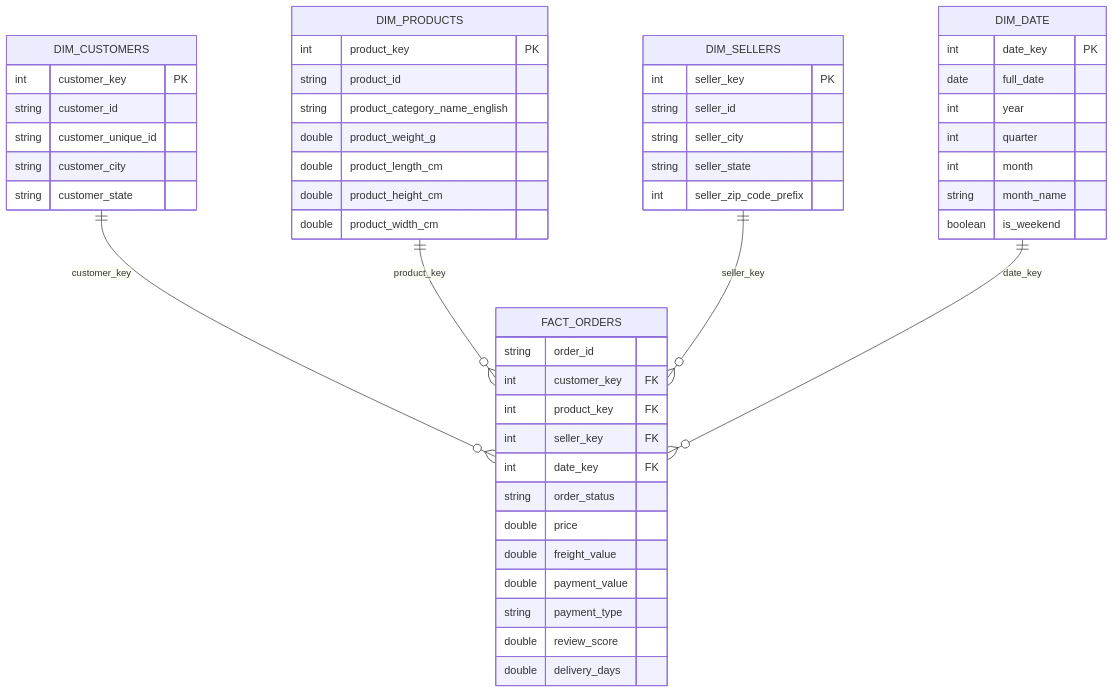
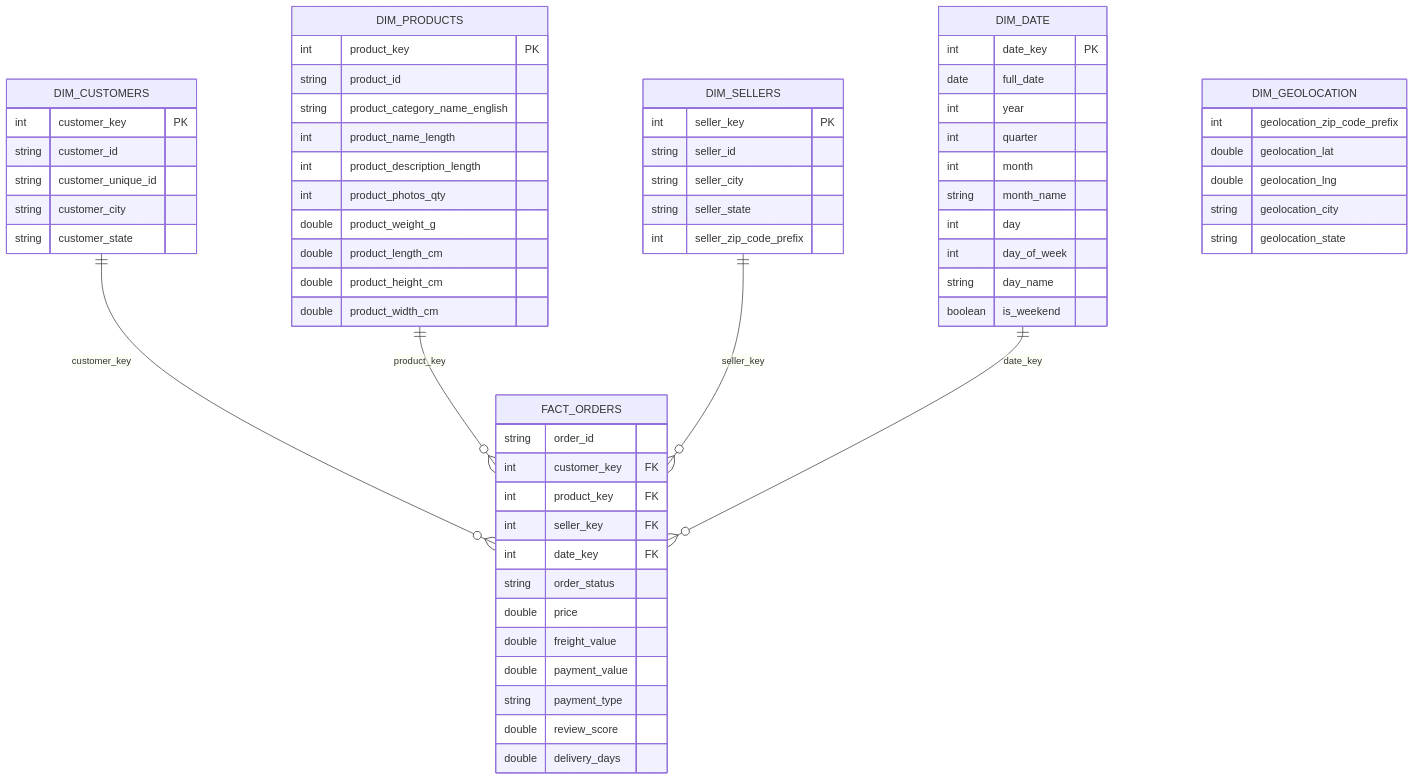
The diagram in docs/STAR_SCHEMA.md (owenhai/DACS4), drawn with Mermaid before and after one commit. The commit also changed other lines of this file and 47 other files, not shown here.

````diff
--- a/docs/STAR_SCHEMA.md
+++ b/docs/STAR_SCHEMA.md
@@ -5,58 +9,72 @@
 ```mermaid
 erDiagram
     DIM_CUSTOMERS ||--o{ FACT_ORDERS : customer_key
     DIM_PRODUCTS ||--o{ FACT_ORDERS : product_key
     DIM_SELLERS ||--o{ FACT_ORDERS : seller_key
     DIM_DATE ||--o{ FACT_ORDERS : date_key
 
     DIM_CUSTOMERS {
         int customer_key PK
         string customer_id
         string customer_unique_id
         string customer_city
         string customer_state
     }
 
     DIM_PRODUCTS {
         int product_key PK
         string product_id
         string product_category_name_english
+        int product_name_length
+        int product_description_length
+        int product_photos_qty
         double product_weight_g
         double product_length_cm
         double product_height_cm
         double product_width_cm
     }
 
     DIM_SELLERS {
         int seller_key PK
         string seller_id
         string seller_city
         string seller_state
         int seller_zip_code_prefix
     }
 
     DIM_DATE {
         int date_key PK
         date full_date
         int year
         int quarter
         int month
         string month_name
+        int day
+        int day_of_week
+        string day_name
         boolean is_weekend
+    }
+
+    DIM_GEOLOCATION {
+        int geolocation_zip_code_prefix
+        double geolocation_lat
+        double geolocation_lng
+        string geolocation_city
+        string geolocation_state
     }
 
     FACT_ORDERS {
         string order_id
         int customer_key FK
         int product_key FK
         int seller_key FK
         int date_key FK
         string order_status
         double price
         double freight_value
         double payment_value
         string payment_type
         double review_score
         double delivery_days
     }
 ```
````
